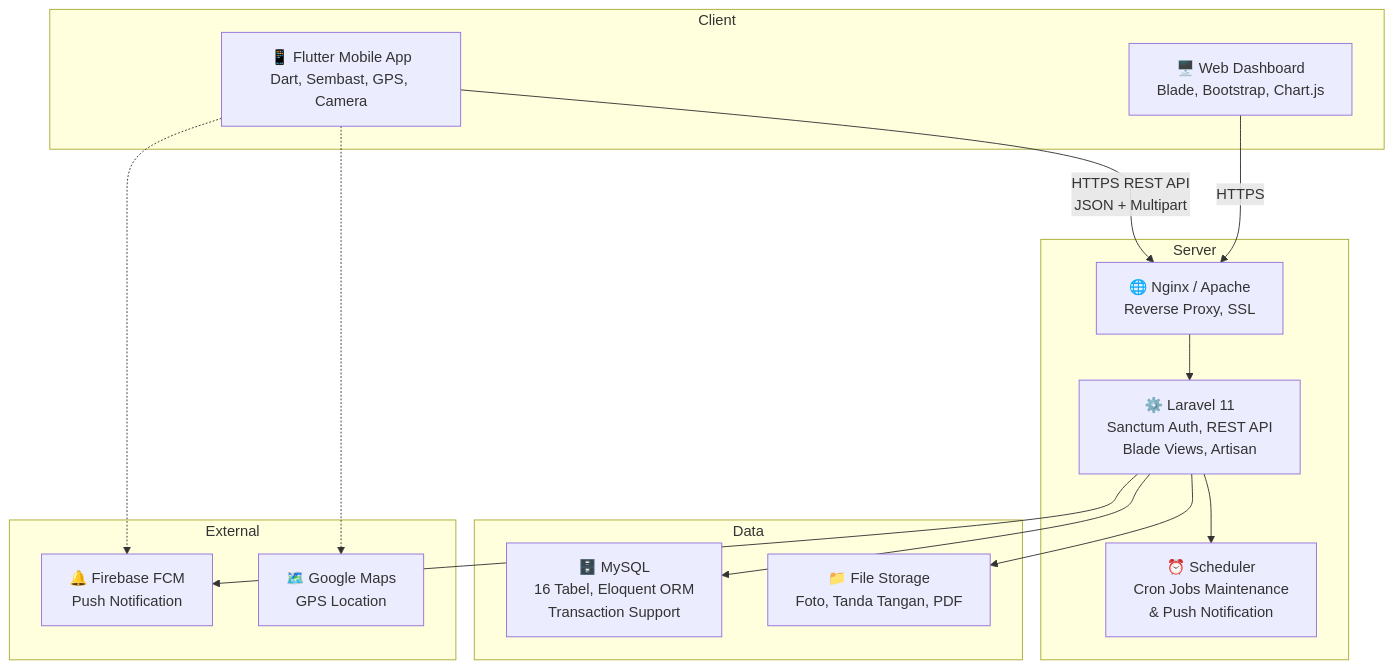
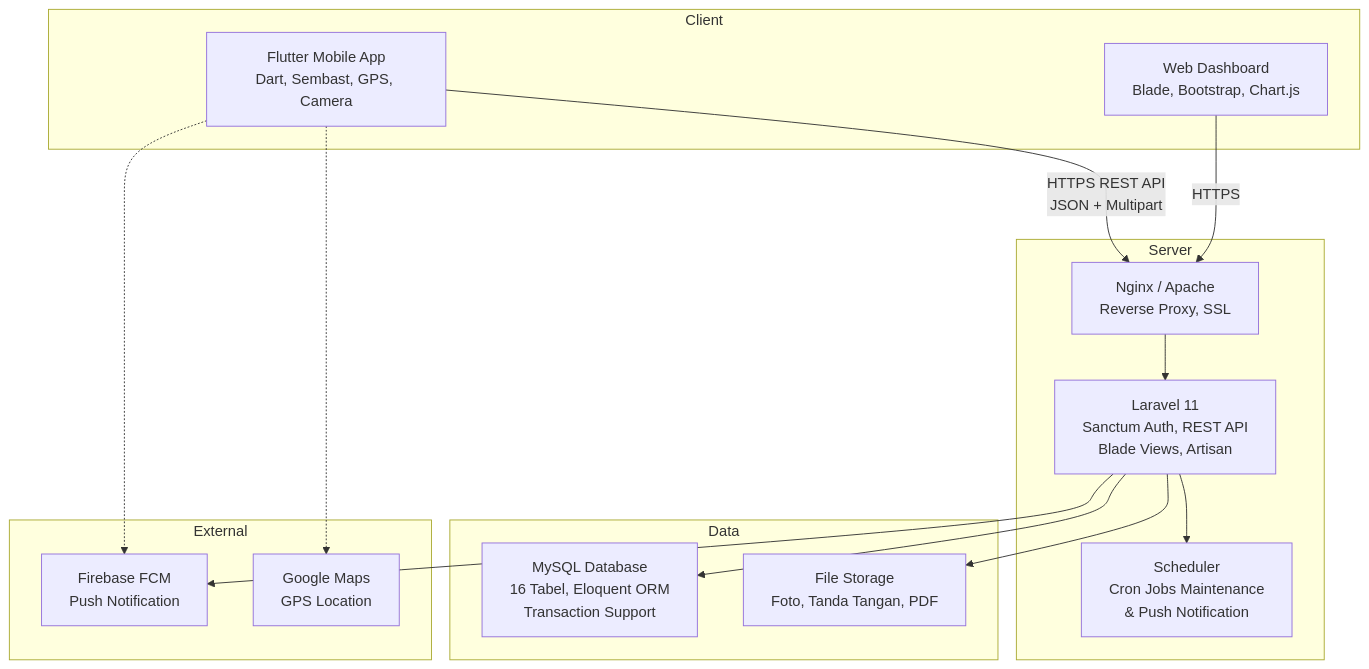
Before and after one commit to rohandev19/Absen-Driver: diagram 13 of 13 in docs/uml_diagrams.md, drawn with Mermaid. The commit also changed 43 other files, not shown here.

````diff
--- a/docs/uml_diagrams.md
+++ b/docs/uml_diagrams.md
@@ -567,33 +567,33 @@
 ```mermaid
 graph TB
     subgraph Client
-        A["📱 Flutter Mobile App<br/>Dart, Sembast, GPS, Camera"]
-        B["🖥️ Web Dashboard<br/>Blade, Bootstrap, Chart.js"]
+        A["Flutter Mobile App<br/>Dart, Sembast, GPS, Camera"]
+        B["Web Dashboard<br/>Blade, Bootstrap, Chart.js"]
     end
 
     subgraph Server
-        C["🌐 Nginx / Apache<br/>Reverse Proxy, SSL"]
-        D["⚙️ Laravel 11<br/>Sanctum Auth, REST API<br/>Blade Views, Artisan"]
-        E["⏰ Scheduler<br/>Cron Jobs Maintenance<br/>& Push Notification"]
+        C["Nginx / Apache<br/>Reverse Proxy, SSL"]
+        D["Laravel 11<br/>Sanctum Auth, REST API<br/>Blade Views, Artisan"]
+        E["Scheduler<br/>Cron Jobs Maintenance<br/>& Push Notification"]
     end
 
     subgraph Data
-        F["🗄️ MySQL<br/>16 Tabel, Eloquent ORM<br/>Transaction Support"]
-        G["📁 File Storage<br/>Foto, Tanda Tangan, PDF"]
+        F["MySQL Database<br/>16 Tabel, Eloquent ORM<br/>Transaction Support"]
+        G["File Storage<br/>Foto, Tanda Tangan, PDF"]
     end
 
     subgraph External
-        H["🔔 Firebase FCM<br/>Push Notification"]
-        I["🗺️ Google Maps<br/>GPS Location"]
+        H["Firebase FCM<br/>Push Notification"]
+        I["Google Maps<br/>GPS Location"]
     end
 
     A -- "HTTPS REST API<br/>JSON + Multipart" --> C
     B -- "HTTPS" --> C
     C --> D
     D --> F
     D --> G
     D --> H
     D --> E
     A -.-> H
     A -.-> I
 ```
````
